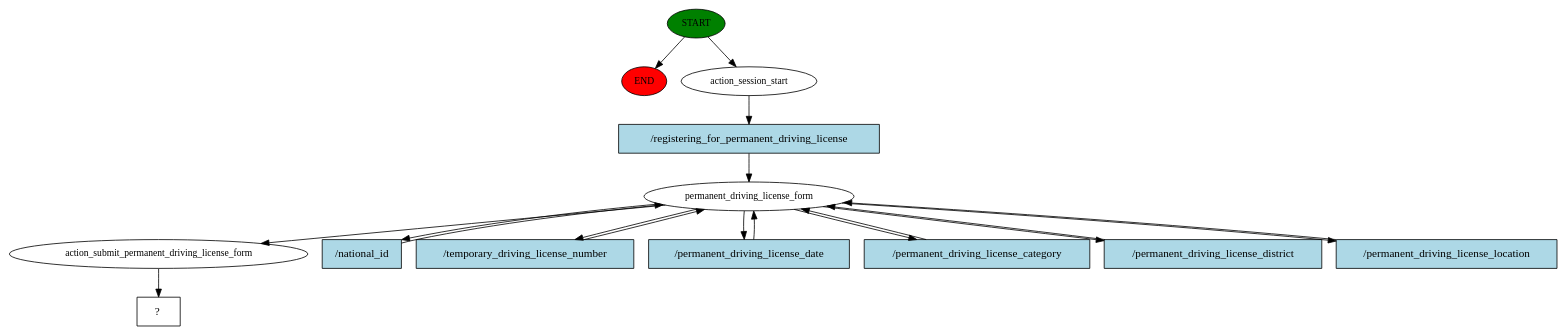
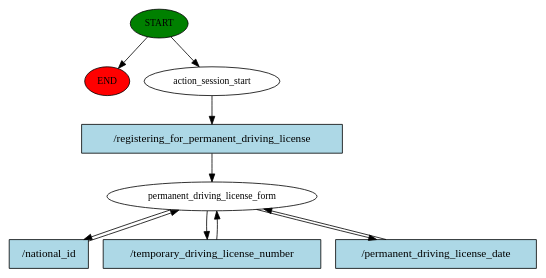
The diagram in story_graph.dot (Kira-Floris/bakame-chatbot), drawn with Graphviz before and after one commit. The commit also changed 86 other files, not shown here.

Commit message:
validating id and temporary license number

```diff
--- a/story_graph.dot
+++ b/story_graph.dot
@@ -1,33 +1,20 @@
 digraph  {
 0 [class="start active", fillcolor=green, fontsize=12, label=START, style=filled];
 "-1" [class=end, fillcolor=red, fontsize=12, label=END, style=filled];
 1 [class=active, fontsize=12, label=action_session_start];
-2 [class=active, fontsize=12, label=permanent_driving_license_form];
-9 [class=active, fontsize=12, label=action_submit_permanent_driving_license_form];
-10 [class="intent dashed active", label="  ?  ", shape=rect];
-11 [class="intent active", fillcolor=lightblue, label="/registering_for_permanent_driving_license", shape=rect, style=filled];
-12 [class="intent active", fillcolor=lightblue, label="/national_id", shape=rect, style=filled];
-13 [class="intent active", fillcolor=lightblue, label="/temporary_driving_license_number", shape=rect, style=filled];
-14 [class="intent active", fillcolor=lightblue, label="/permanent_driving_license_date", shape=rect, style=filled];
-15 [class="intent active", fillcolor=lightblue, label="/permanent_driving_license_category", shape=rect, style=filled];
-16 [class="intent active", fillcolor=lightblue, label="/permanent_driving_license_district", shape=rect, style=filled];
-17 [class="intent active", fillcolor=lightblue, label="/permanent_driving_license_location", shape=rect, style=filled];
+2 [class="active dashed", fontsize=12, label=permanent_driving_license_form];
+9 [class="intent active", fillcolor=lightblue, label="/registering_for_permanent_driving_license", shape=rect, style=filled];
+10 [class="intent active", fillcolor=lightblue, label="/national_id", shape=rect, style=filled];
+11 [class="intent active", fillcolor=lightblue, label="/temporary_driving_license_number", shape=rect, style=filled];
+12 [class="intent active", fillcolor=lightblue, label="/permanent_driving_license_date", shape=rect, style=filled];
 0 -> "-1"  [class="", key=NONE, label=""];
 0 -> 1  [class=active, key=NONE, label=""];
-1 -> 11  [class=active, key=0];
-2 -> 9  [class=active, key=NONE, label=""];
+1 -> 9  [class=active, key=0];
+2 -> 10  [class=active, key=0];
+2 -> 11  [class=active, key=0];
 2 -> 12  [class=active, key=0];
-2 -> 13  [class=active, key=0];
-2 -> 14  [class=active, key=0];
-2 -> 15  [class=active, key=0];
-2 -> 16  [class=active, key=0];
-2 -> 17  [class=active, key=0];
-9 -> 10  [class=active, key=NONE, label=""];
+9 -> 2  [class=active, key=0];
+10 -> 2  [class=active, key=0];
 11 -> 2  [class=active, key=0];
 12 -> 2  [class=active, key=0];
-13 -> 2  [class=active, key=0];
-14 -> 2  [class=active, key=0];
-15 -> 2  [class=active, key=0];
-16 -> 2  [class=active, key=0];
-17 -> 2  [class=active, key=0];
 }
```
